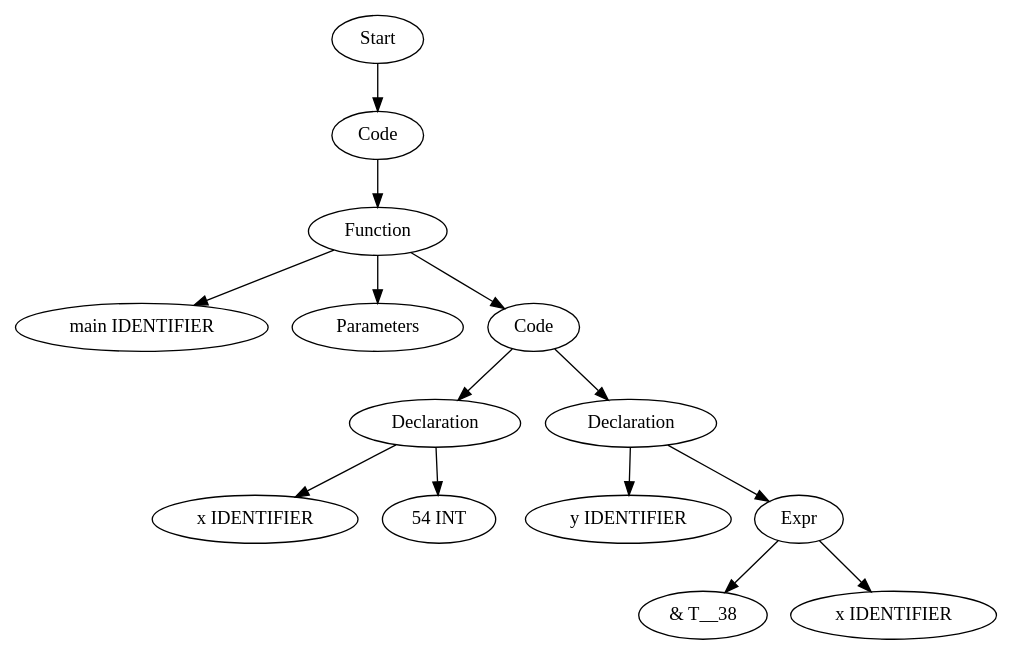
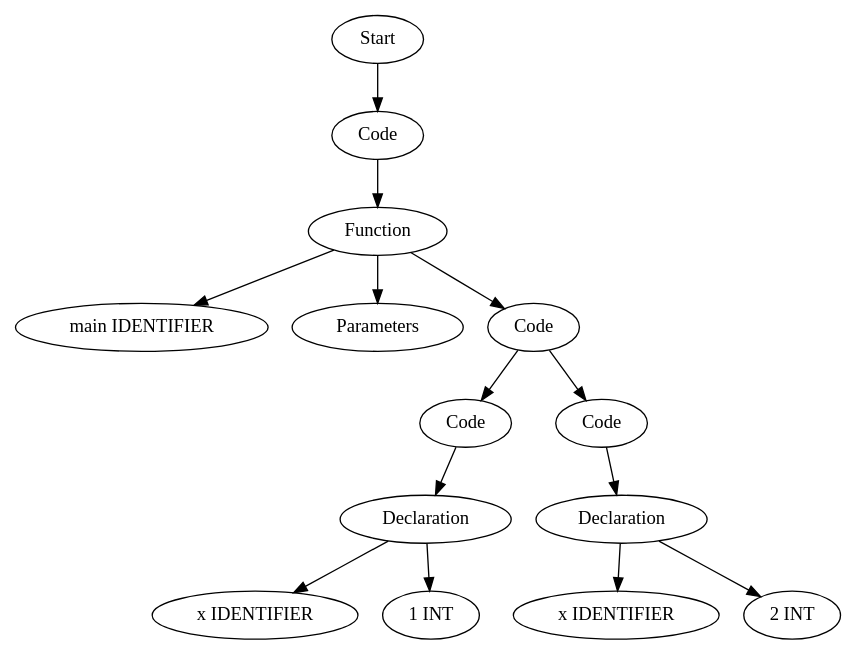
Before and after one commit to Are-you-listening/Compilers: the diagram in TestCases/ASTTests/SemanticErrorsTests/createTests/read_file_before.dot, drawn with Graphviz. The commit also changed 88 other files, not shown here.

```diff
--- a/TestCases/ASTTests/SemanticErrorsTests/createTests/read_file_before.dot
+++ b/TestCases/ASTTests/SemanticErrorsTests/createTests/read_file_before.dot
@@ -1,29 +1,29 @@
 digraph AST {
-  "137751962839760" [label="Start"];
-  "137751962839760" -> "137751962844320";
-  "137751962844320" [label="Code"];
-  "137751962844320" -> "137751962838464";
-  "137751962838464" [label="Function"];
-  "137751962838464" -> "137751962844272";
-  "137751962838464" -> "137751962842832";
-  "137751962838464" -> "137751962838320";
-  "137751962844272" [label="main IDENTIFIER"];
-  "137751962842832" [label="Parameters"];
-  "137751962838320" [label="Code"];
-  "137751962838320" -> "137751960910912";
-  "137751962838320" -> "137751960910768";
-  "137751960910912" [label="Declaration"];
-  "137751960910912" -> "137751960911632";
-  "137751960910912" -> "137751960901456";
-  "137751960911632" [label="x IDENTIFIER"];
-  "137751960901456" [label="54 INT"];
-  "137751960910768" [label="Declaration"];
-  "137751960910768" -> "137751960899968";
-  "137751960910768" -> "137751960905728";
-  "137751960899968" [label="y IDENTIFIER"];
-  "137751960905728" [label="Expr"];
-  "137751960905728" -> "137751960897904";
-  "137751960905728" -> "137751960896128";
-  "137751960897904" [label="& T__38"];
-  "137751960896128" [label="x IDENTIFIER"];
+  "131442034235984" [label="Start"];
+  "131442034235984" -> "131442034235312";
+  "131442034235312" [label="Code"];
+  "131442034235312" -> "131442034241264";
+  "131442034241264" [label="Function"];
+  "131442034241264" -> "131442034237472";
+  "131442034241264" -> "131442034237136";
+  "131442034241264" -> "131442034238768";
+  "131442034237472" [label="main IDENTIFIER"];
+  "131442034237136" [label="Parameters"];
+  "131442034238768" [label="Code"];
+  "131442034238768" -> "131442034240736";
+  "131442034238768" -> "131442034238576";
+  "131442034240736" [label="Code"];
+  "131442034240736" -> "131442034238720";
+  "131442034238720" [label="Declaration"];
+  "131442034238720" -> "131442034235840";
+  "131442034238720" -> "131442034230128";
+  "131442034235840" [label="x IDENTIFIER"];
+  "131442034230128" [label="1 INT"];
+  "131442034238576" [label="Code"];
+  "131442034238576" -> "131442034237712";
+  "131442034237712" [label="Declaration"];
+  "131442034237712" -> "131442034242224";
+  "131442034237712" -> "131442034238960";
+  "131442034242224" [label="x IDENTIFIER"];
+  "131442034238960" [label="2 INT"];
 }
```
